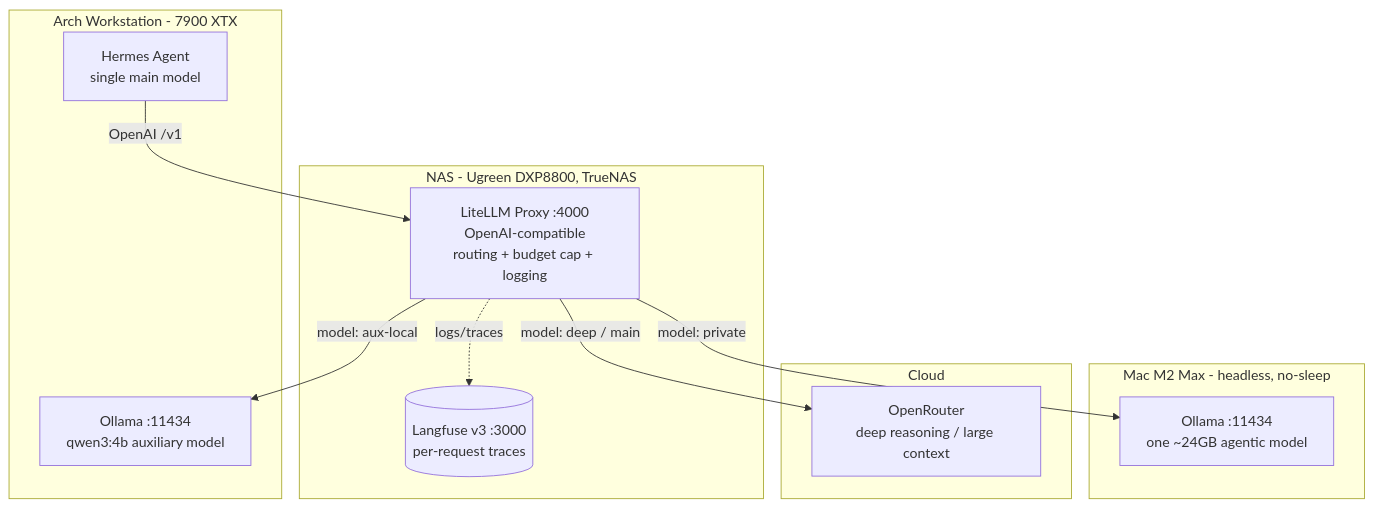
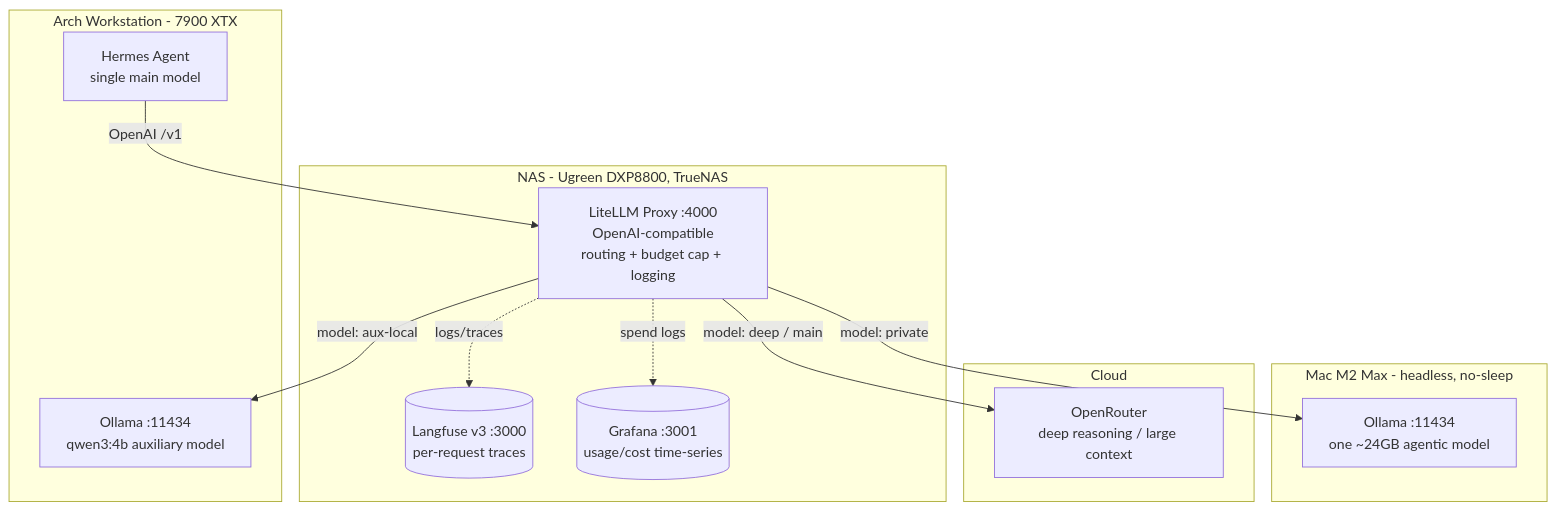
One commit to DerTechie/AISetup changed the diagram in README.md. Above: the diagram before and after it, drawn with Mermaid. The commit also changed other lines of this file, not shown here.

Commit message:
docs(readme): add Grafana usage/cost metrics to observability

````diff
--- a/README.md
+++ b/README.md
@@ -13,23 +13,25 @@
 ```mermaid
 graph TD
     subgraph Arch[Arch Workstation - 7900 XTX]
         H[Hermes Agent<br/>single main model]
         OA[Ollama :11434<br/>qwen3:4b auxiliary model]
     end
     subgraph NASbox[NAS - Ugreen DXP8800, TrueNAS]
         L[LiteLLM Proxy :4000<br/>OpenAI-compatible<br/>routing + budget cap + logging]
         LF[(Langfuse v3 :3000<br/>per-request traces)]
+        GR[(Grafana :3001<br/>usage/cost time-series)]
         L -. logs/traces .-> LF
+        L -. spend logs .-> GR
     end
     subgraph Mac[Mac M2 Max - headless, no-sleep]
         O[Ollama :11434<br/>one ~24GB agentic model]
     end
     subgraph Cloud[Cloud]
         OR[OpenRouter<br/>deep reasoning / large context]
     end
 
     H -->|OpenAI /v1| L
     L -->|model: private| O
     L -->|model: aux-local| OA
     L -->|model: deep / main| OR
 ```
````
